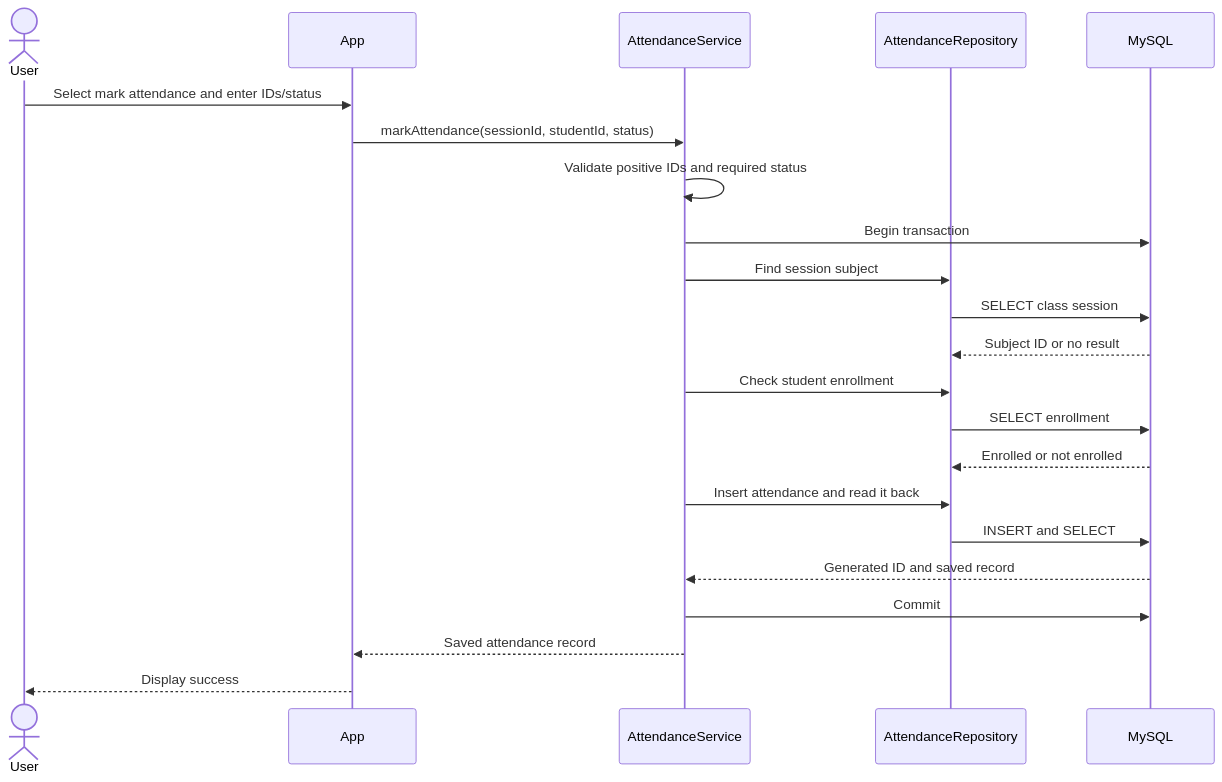
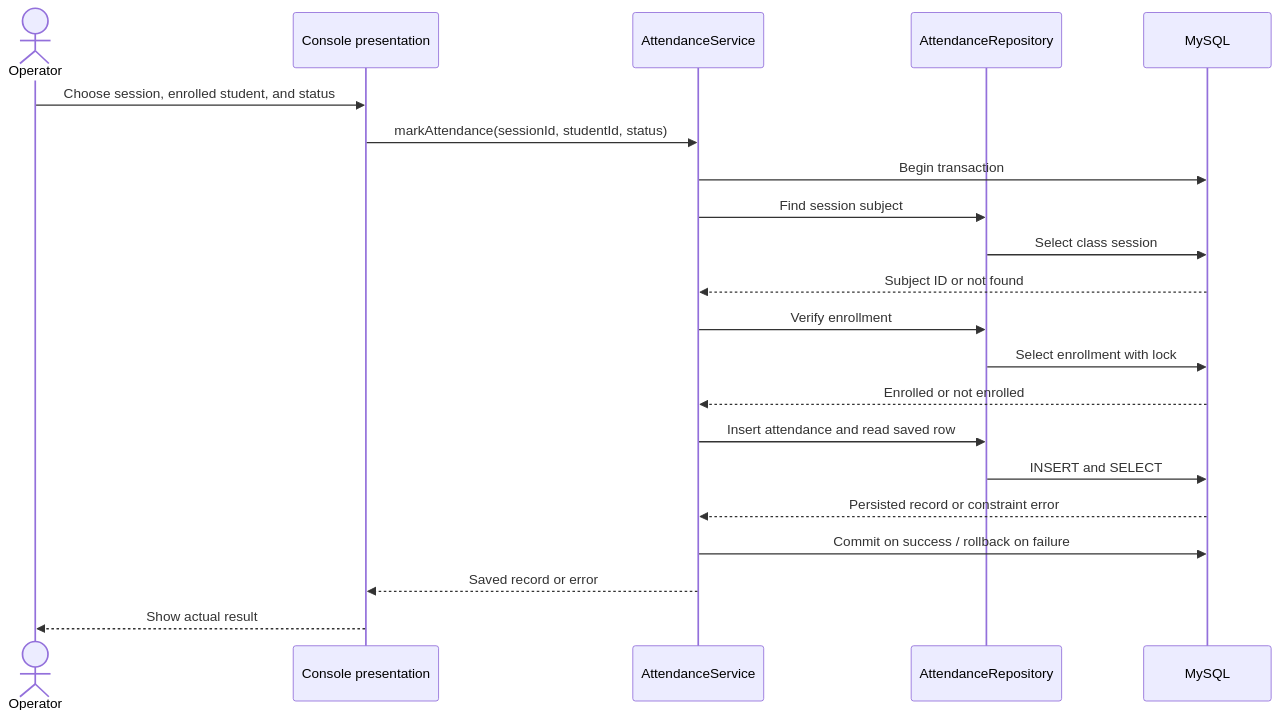
One commit to vishweshwaranbalasundaram/Attend-IQ changed the second of 3 diagrams in README.md. Above: the diagram before and after it, drawn with Mermaid. The commit also changed other lines of this file and 10 other files, not shown here.

````diff
--- a/README.md
+++ b/README.md
@@ -45,24 +112,23 @@
 ```mermaid
 sequenceDiagram
-	actor User
-	participant App
-	participant Service as AttendanceService
-	participant Repository as AttendanceRepository
-	participant DB as MySQL
-	User->>App: Select mark attendance and enter IDs/status
-	App->>Service: markAttendance(sessionId, studentId, status)
-	Service->>Service: Validate positive IDs and required status
-	Service->>DB: Begin transaction
-	Service->>Repository: Find session subject
-	Repository->>DB: SELECT class session
-	DB-->>Repository: Subject ID or no result
-	Service->>Repository: Check student enrollment
-	Repository->>DB: SELECT enrollment
-	DB-->>Repository: Enrolled or not enrolled
-	Service->>Repository: Insert attendance and read it back
-	Repository->>DB: INSERT and SELECT
-	DB-->>Service: Generated ID and saved record
-	Service->>DB: Commit
-	Service-->>App: Saved attendance record
-	App-->>User: Display success
+    actor Operator
+    participant App as Console presentation
+    participant S as AttendanceService
+    participant R as AttendanceRepository
+    participant DB as MySQL
+    Operator->>App: Choose session, enrolled student, and status
+    App->>S: markAttendance(sessionId, studentId, status)
+    S->>DB: Begin transaction
+    S->>R: Find session subject
+    R->>DB: Select class session
+    DB-->>S: Subject ID or not found
+    S->>R: Verify enrollment
+    R->>DB: Select enrollment with lock
+    DB-->>S: Enrolled or not enrolled
+    S->>R: Insert attendance and read saved row
+    R->>DB: INSERT and SELECT
+    DB-->>S: Persisted record or constraint error
+    S->>DB: Commit on success / rollback on failure
+    S-->>App: Saved record or error
+    App-->>Operator: Show actual result
 ```
````
